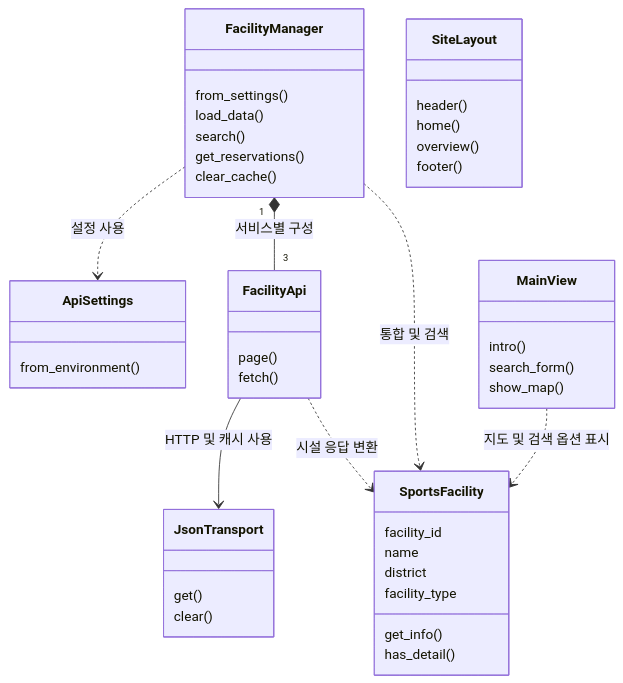
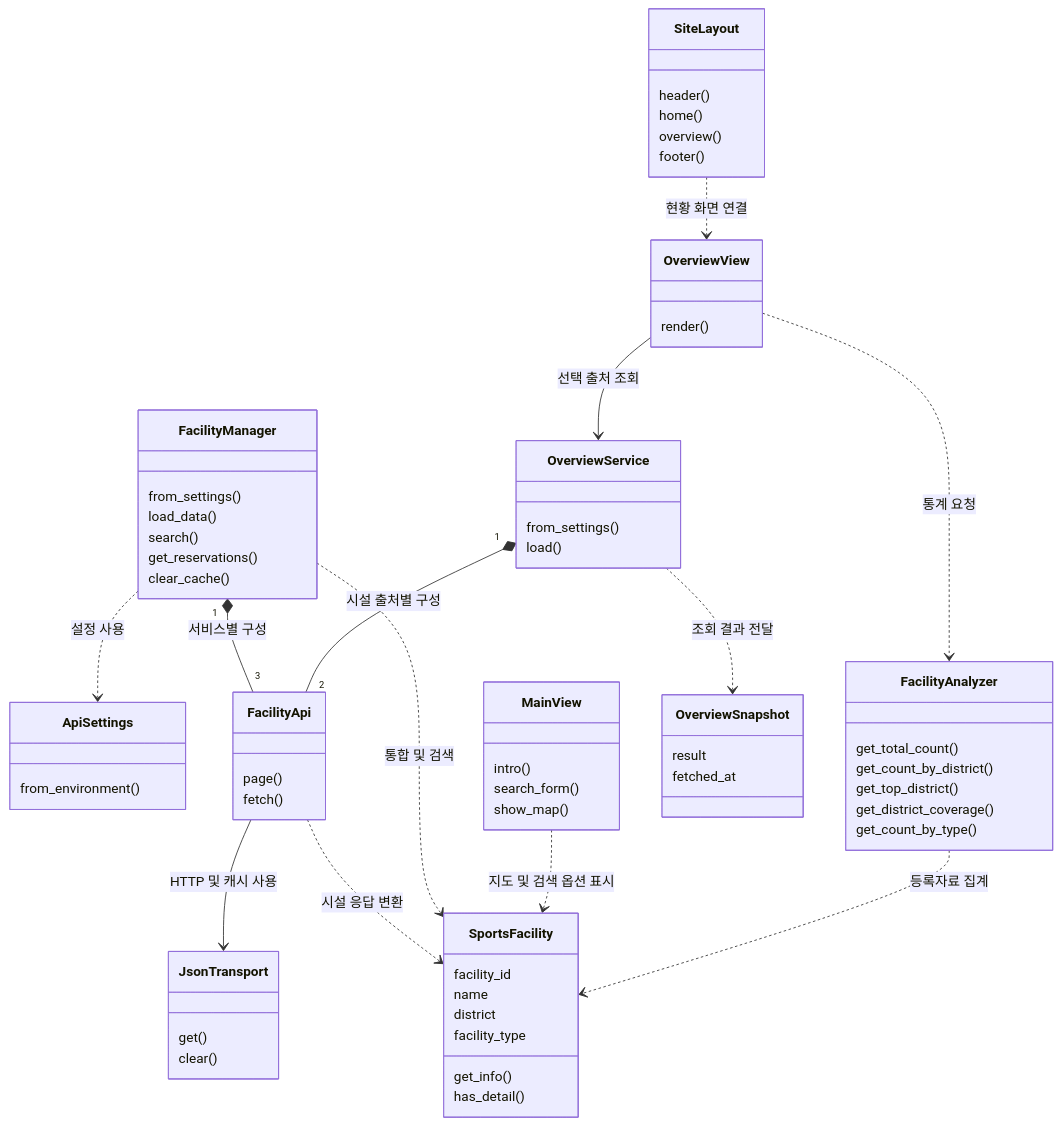
Before and after one commit to kw-oop-team-project/oop-team-project: the diagram in README.md, drawn with Mermaid. The commit also changed other lines of this file and 11 other files, not shown here.

````diff
--- a/README.md
+++ b/README.md
@@ -144,46 +166,70 @@
 ```mermaid
 classDiagram
     class ApiSettings {
         from_environment()
     }
     class JsonTransport {
         get()
         clear()
     }
     class FacilityApi {
         page()
         fetch()
     }
     class SportsFacility {
         facility_id
         name
         district
         facility_type
         get_info()
         has_detail()
     }
     class FacilityManager {
         from_settings()
         load_data()
         search()
         get_reservations()
         clear_cache()
     }
     class MainView {
         intro()
         search_form()
         show_map()
     }
     class SiteLayout {
         header()
         home()
         overview()
         footer()
     }
+    class FacilityAnalyzer {
+        get_total_count()
+        get_count_by_district()
+        get_top_district()
+        get_district_coverage()
+        get_count_by_type()
+    }
+    class OverviewService {
+        from_settings()
+        load()
+    }
+    class OverviewSnapshot {
+        result
+        fetched_at
+    }
+    class OverviewView {
+        render()
+    }
     FacilityManager ..> ApiSettings : 설정 사용
     FacilityManager "1" *-- "3" FacilityApi : 서비스별 구성
     FacilityApi --> JsonTransport : HTTP 및 캐시 사용
     FacilityApi ..> SportsFacility : 시설 응답 변환
     FacilityManager ..> SportsFacility : 통합 및 검색
     MainView ..> SportsFacility : 지도 및 검색 옵션 표시
+    OverviewService "1" *-- "2" FacilityApi : 시설 출처별 구성
+    OverviewService ..> OverviewSnapshot : 조회 결과 전달
+    FacilityAnalyzer ..> SportsFacility : 등록자료 집계
+    OverviewView --> OverviewService : 선택 출처 조회
+    OverviewView ..> FacilityAnalyzer : 통계 요청
+    SiteLayout ..> OverviewView : 현황 화면 연결
 ```
````
